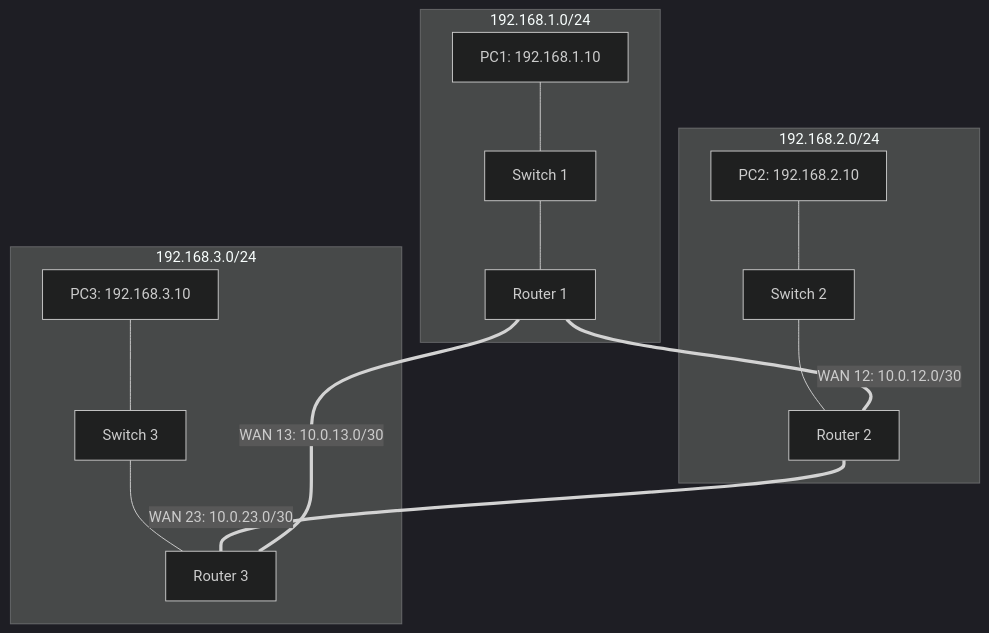
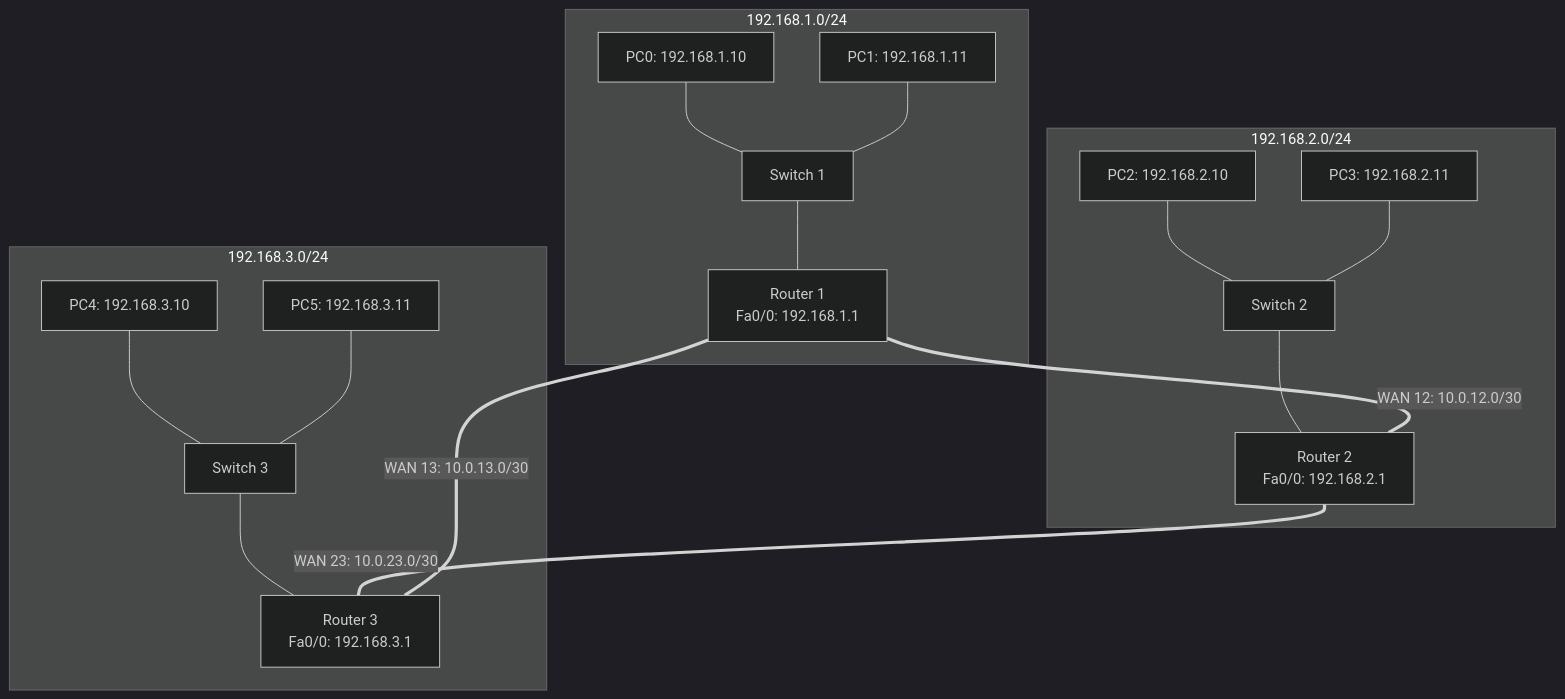
Before and after one commit to ertval/deep-in-net: the eighth of 9 diagrams in README.md, drawn with Mermaid (dark theme). The commit also changed other lines of this file and 1 other file, not shown here.

````diff
--- a/README.md
+++ b/README.md
@@ -629,16 +959,22 @@
 ```mermaid
 graph TD
     subgraph LAN 1 [192.168.1.0/24]
-        PC1[PC1: 192.168.1.10] --- SW1[Switch 1] --- R1[Router 1]
+        PC0[PC0: 192.168.1.10] --- SW1[Switch 1]
+        PC1[PC1: 192.168.1.11] --- SW1
+        SW1 --- R1[Router 1<br/>Fa0/0: 192.168.1.1]
     end
     subgraph LAN 2 [192.168.2.0/24]
-        PC2[PC2: 192.168.2.10] --- SW2[Switch 2] --- R2[Router 2]
+        PC2[PC2: 192.168.2.10] --- SW2[Switch 2]
+        PC3[PC3: 192.168.2.11] --- SW2
+        SW2 --- R2[Router 2<br/>Fa0/0: 192.168.2.1]
     end
     subgraph LAN 3 [192.168.3.0/24]
-        PC3[PC3: 192.168.3.10] --- SW3[Switch 3] --- R3[Router 3]
+        PC4[PC4: 192.168.3.10] --- SW3[Switch 3]
+        PC5[PC5: 192.168.3.11] --- SW3
+        SW3 --- R3[Router 3<br/>Fa0/0: 192.168.3.1]
     end
 
     R1 ===|WAN 12: 10.0.12.0/30| R2
     R2 ===|WAN 23: 10.0.23.0/30| R3
     R1 ===|WAN 13: 10.0.13.0/30| R3
 ```
````
